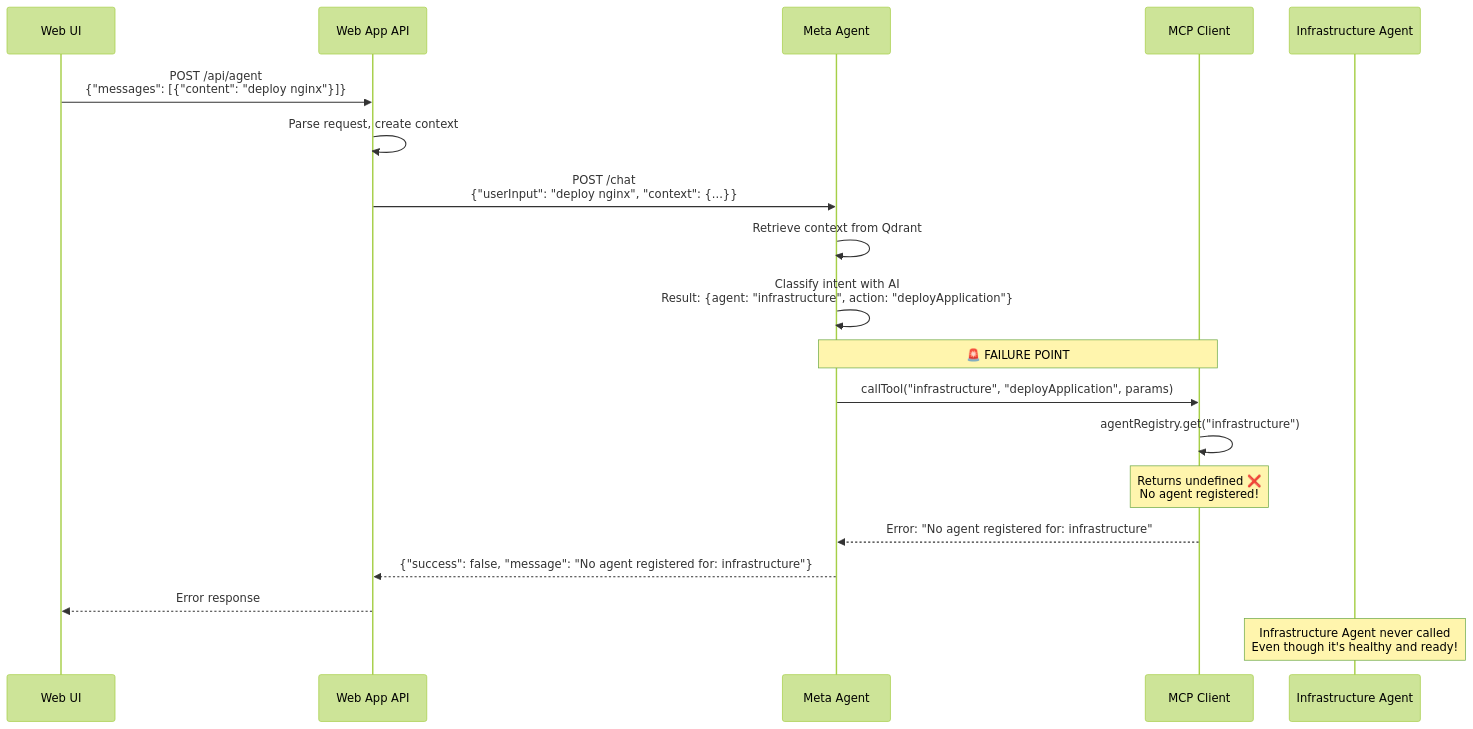
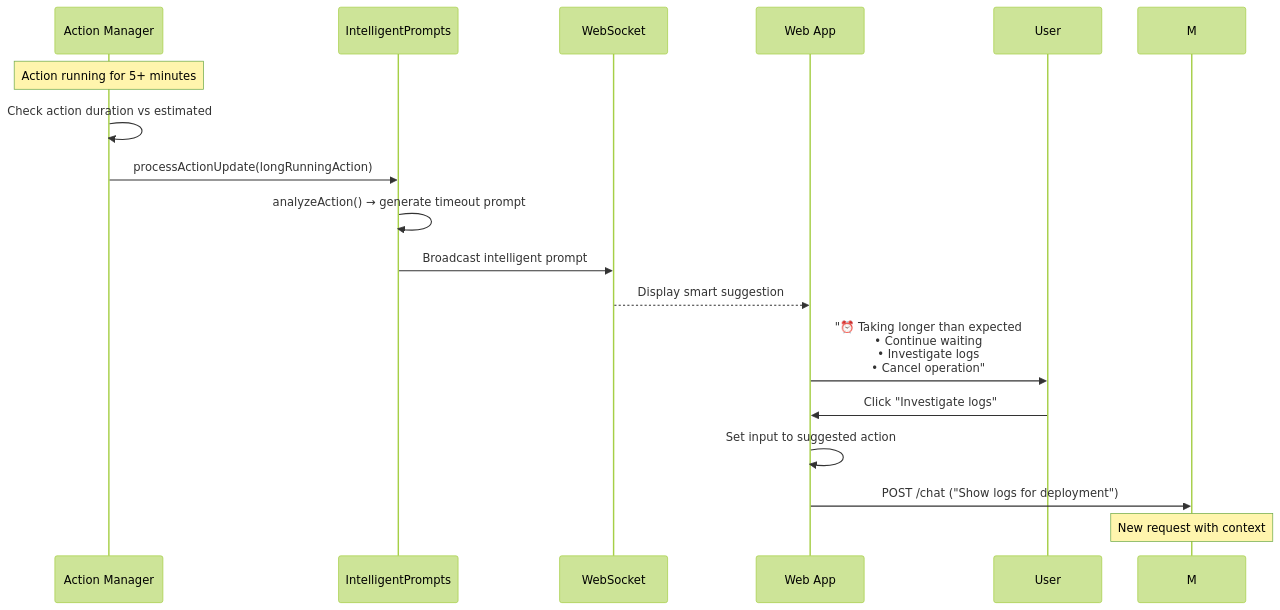
The fourth of 14 diagrams in docs/communication-flow.md (ayansasmal/idp-agent), drawn with Mermaid (forest theme) before and after one commit. The commit also changed other lines of this file and 4 other files, not shown here.

````diff
--- a/docs/communication-flow.md
+++ b/docs/communication-flow.md
@@ -55,27 +169,22 @@
 ```mermaid
 sequenceDiagram
-    participant UI as Web UI
-    participant API as Web App API
-    participant MA as Meta Agent  
-    participant MCP as MCP Client
-    participant IA as Infrastructure Agent
+    participant AM as Action Manager
+    participant IP as IntelligentPrompts
+    participant WS as WebSocket
+    participant W as Web App
+    participant U as User
 
-    UI->>API: POST /api/agent<br/>{"messages": [{"content": "deploy nginx"}]}
+    Note over AM: Action running for 5+ minutes
+    AM->>AM: Check action duration vs estimated
+    AM->>IP: processActionUpdate(longRunningAction)
+    IP->>IP: analyzeAction() → generate timeout prompt
     
-    API->>API: Parse request, create context
-    API->>MA: POST /chat<br/>{"userInput": "deploy nginx", "context": {...}}
+    IP->>WS: Broadcast intelligent prompt
+    WS-->>W: Display smart suggestion
+    W->>U: "⏰ Taking longer than expected<br/>• Continue waiting<br/>• Investigate logs<br/>• Cancel operation"
     
-    MA->>MA: Retrieve context from Qdrant
-    MA->>MA: Classify intent with AI<br/>Result: {agent: "infrastructure", action: "deployApplication"}
-    
-    Note over MA,MCP: 🚨 FAILURE POINT
-    MA->>MCP: callTool("infrastructure", "deployApplication", params)
-    MCP->>MCP: agentRegistry.get("infrastructure")
-    Note over MCP: Returns undefined ❌<br/>No agent registered!
-    
-    MCP-->>MA: Error: "No agent registered for: infrastructure"
-    MA-->>API: {"success": false, "message": "No agent registered for: infrastructure"}
-    API-->>UI: Error response
-    
-    Note over IA: Infrastructure Agent never called<br/>Even though it's healthy and ready!
+    U->>W: Click "Investigate logs"
+    W->>W: Set input to suggested action
+    W->>M: POST /chat ("Show logs for deployment")
+    Note over M: New request with context
 ```
````
